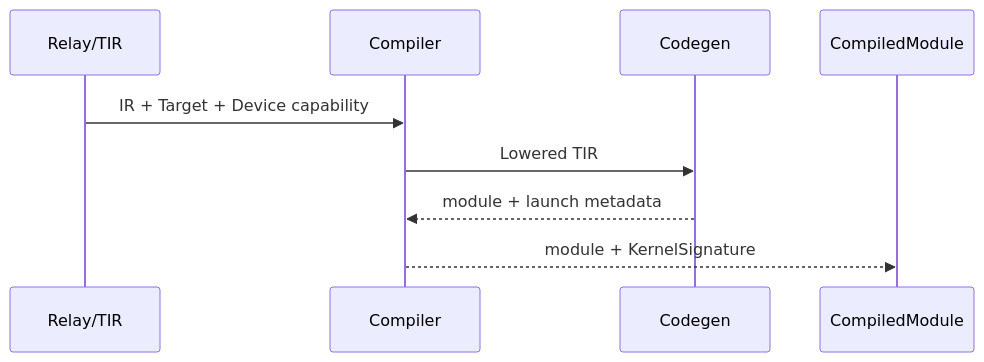
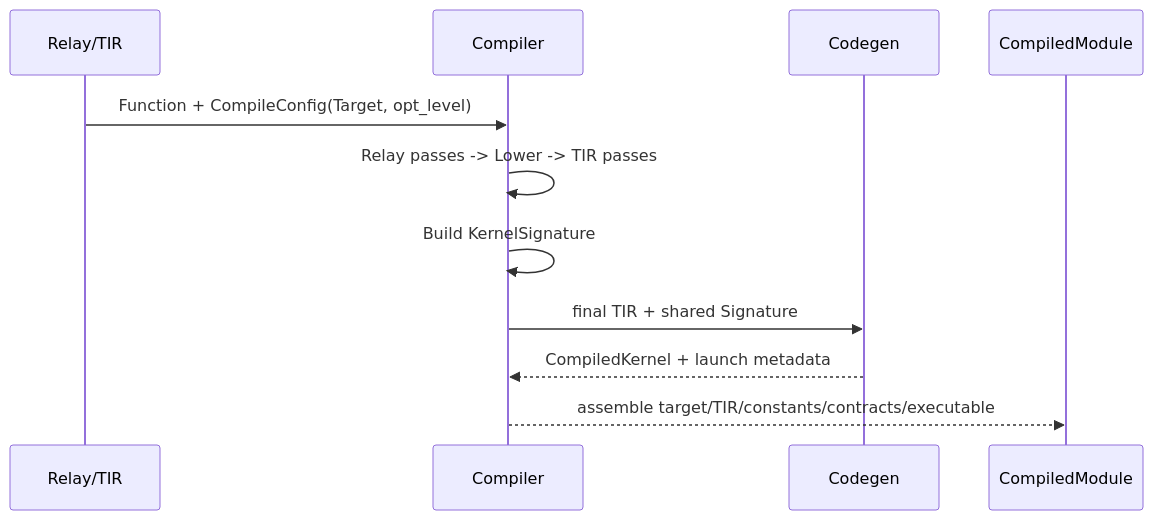
The second of 3 diagrams in docs/DEVICE_MODEL.md (KDZZZZZZ/hdkx-aicompiler), drawn with Mermaid before and after one commit. The commit also changed other lines of this file, not shown here.

Commit message:
docs: finalize compiler runtime device model

````diff
--- a/docs/DEVICE_MODEL.md
+++ b/docs/DEVICE_MODEL.md
@@ -538,12 +603,14 @@
 ```mermaid
 sequenceDiagram
     participant R as Relay/TIR
     participant C as Compiler
     participant G as Codegen
     participant M as CompiledModule
 
-    R->>C: IR + Target + Device capability
-    C->>G: Lowered TIR
-    G-->>C: module + launch metadata
-    C-->>M: module + KernelSignature
+    R->>C: Function + CompileConfig(Target, opt_level)
+    C->>C: Relay passes -> Lower -> TIR passes
+    C->>C: Build KernelSignature
+    C->>G: final TIR + shared Signature
+    G-->>C: CompiledKernel + launch metadata
+    C-->>M: assemble target/TIR/constants/contracts/executable
 ```
````
